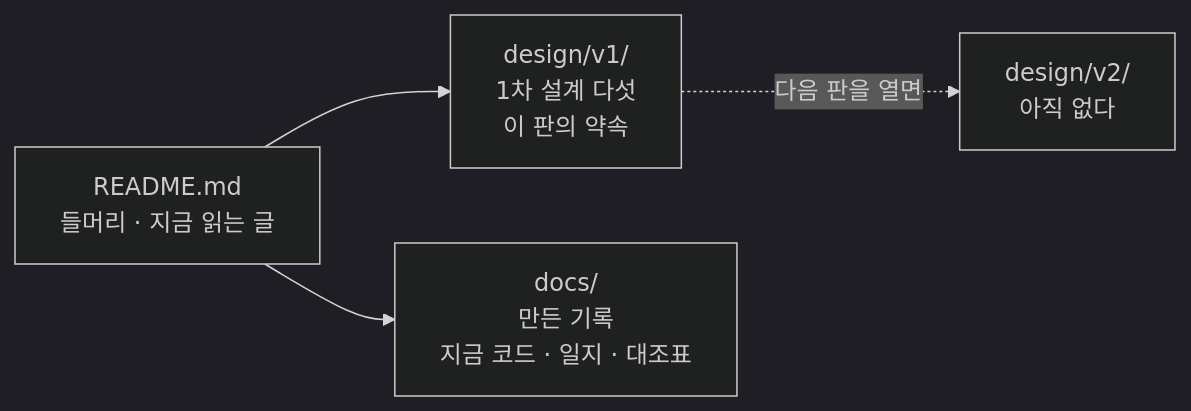
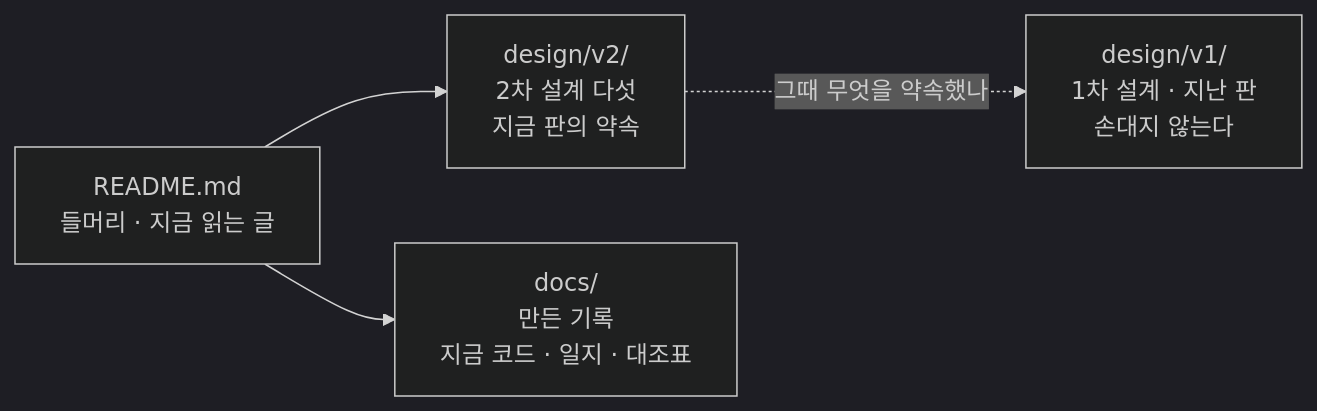
One commit to bjw202/prodev changed diagram 12 of 12 in README.md. Above: the diagram before and after it, drawn with Mermaid (dark theme). The commit also changed other lines of this file and 6 other files, not shown here.

````diff
--- a/README.md
+++ b/README.md
@@ -499,6 +503,6 @@
 ```mermaid
 flowchart LR
-    R["README.md<br/>들머리 · 지금 읽는 글"] --> D["design/v1/<br/>1차 설계 다섯<br/>이 판의 약속"]
+    R["README.md<br/>들머리 · 지금 읽는 글"] --> D2["design/v2/<br/>2차 설계 다섯<br/>지금 판의 약속"]
     R --> G["docs/<br/>만든 기록<br/>지금 코드 · 일지 · 대조표"]
-    D -.->|"다음 판을 열면"| D2["design/v2/<br/>아직 없다"]
+    D2 -.->|"그때 무엇을 약속했나"| D["design/v1/<br/>1차 설계 · 지난 판<br/>손대지 않는다"]
 ```
````
